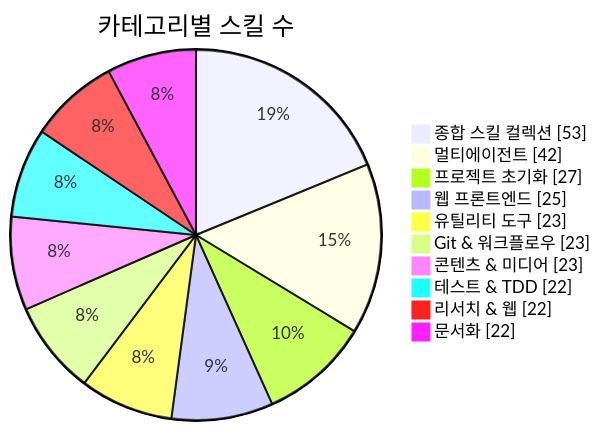
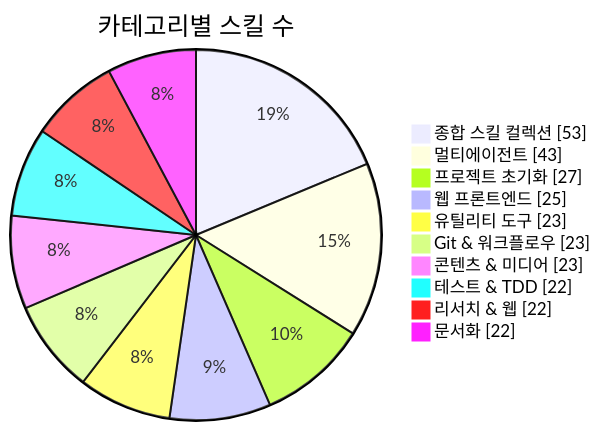
One commit to J-nowcow/awesome-korean-agent-skills changed the first of 3 diagrams in README.md. Above: the diagram before and after it, drawn with Mermaid. The commit also changed other lines of this file and 4 other files, not shown here.

````diff
--- a/README.md
+++ b/README.md
@@ -176,14 +176,14 @@
 ```mermaid
 pie showData
     title 카테고리별 스킬 수
     "종합 스킬 컬렉션" : 53
-    "멀티에이전트" : 42
+    "멀티에이전트" : 43
     "프로젝트 초기화" : 27
     "웹 프론트엔드" : 25
     "유틸리티 도구" : 23
     "Git & 워크플로우" : 23
     "콘텐츠 & 미디어" : 23
     "테스트 & TDD" : 22
     "리서치 & 웹" : 22
     "문서화" : 22
 ```
````
